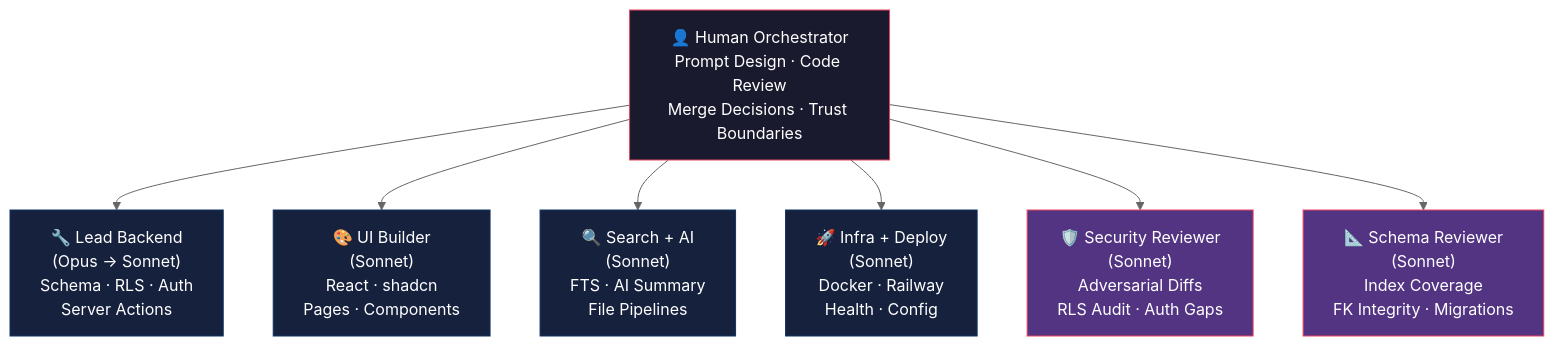
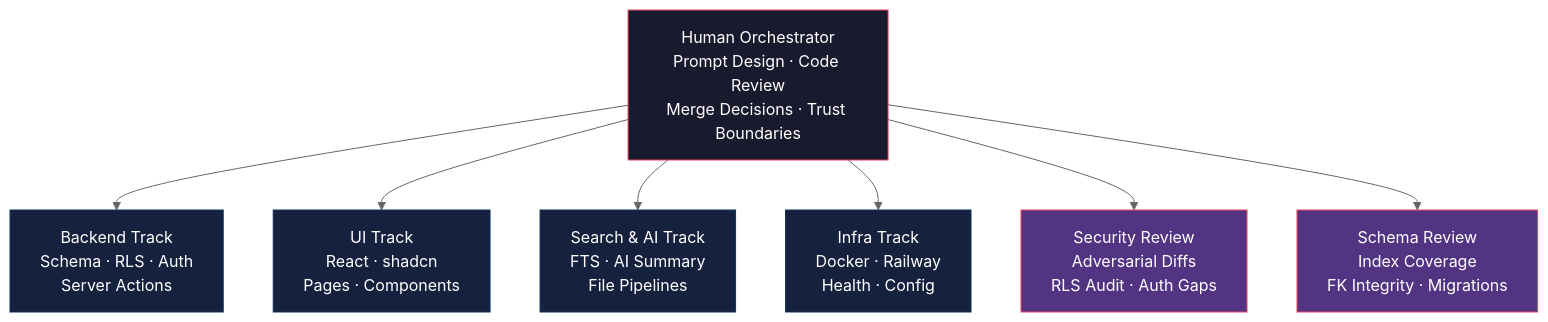
Before and after one commit to RishiGitH/notes_app: the second of 2 diagrams in AI_USAGE.md, drawn with Mermaid (neutral theme). The commit also changed other lines of this file, not shown here.

Commit message:
docs: rewrite AI_USAGE.md to sound like human engineering log and remove emojis

````diff
--- a/AI_USAGE.md
+++ b/AI_USAGE.md
@@ -57,19 +57,19 @@
 ```mermaid
 flowchart TB
-    Human["👤 Human Orchestrator\nPrompt Design · Code Review\nMerge Decisions · Trust Boundaries"]
+    Human["Human Orchestrator\nPrompt Design · Code Review\nMerge Decisions · Trust Boundaries"]
 
-    Human --> LB["🔧 Lead Backend\n(Opus → Sonnet)\nSchema · RLS · Auth\nServer Actions"]
-    Human --> UI["🎨 UI Builder\n(Sonnet)\nReact · shadcn\nPages · Components"]
-    Human --> SA["🔍 Search + AI\n(Sonnet)\nFTS · AI Summary\nFile Pipelines"]
-    Human --> ID["🚀 Infra + Deploy\n(Sonnet)\nDocker · Railway\nHealth · Config"]
-    Human --> SR["🛡️ Security Reviewer\n(Sonnet)\nAdversarial Diffs\nRLS Audit · Auth Gaps"]
-    Human --> SCR["📐 Schema Reviewer\n(Sonnet)\nIndex Coverage\nFK Integrity · Migrations"]
+    Human --> LB["Backend Track\nSchema · RLS · Auth\nServer Actions"]
+    Human --> UI["UI Track\nReact · shadcn\nPages · Components"]
+    Human --> SA["Search & AI Track\nFTS · AI Summary\nFile Pipelines"]
+    Human --> ID["Infra Track\nDocker · Railway\nHealth · Config"]
+    Human --> SR["Security Review\nAdversarial Diffs\nRLS Audit · Auth Gaps"]
+    Human --> SCR["Schema Review\nIndex Coverage\nFK Integrity · Migrations"]
 
     style Human fill:#1a1a2e,stroke:#e94560,color:#fff
     style LB fill:#16213e,stroke:#0f3460,color:#fff
     style UI fill:#16213e,stroke:#0f3460,color:#fff
     style SA fill:#16213e,stroke:#0f3460,color:#fff
     style ID fill:#16213e,stroke:#0f3460,color:#fff
     style SR fill:#533483,stroke:#e94560,color:#fff
     style SCR fill:#533483,stroke:#e94560,color:#fff
 ```
````
